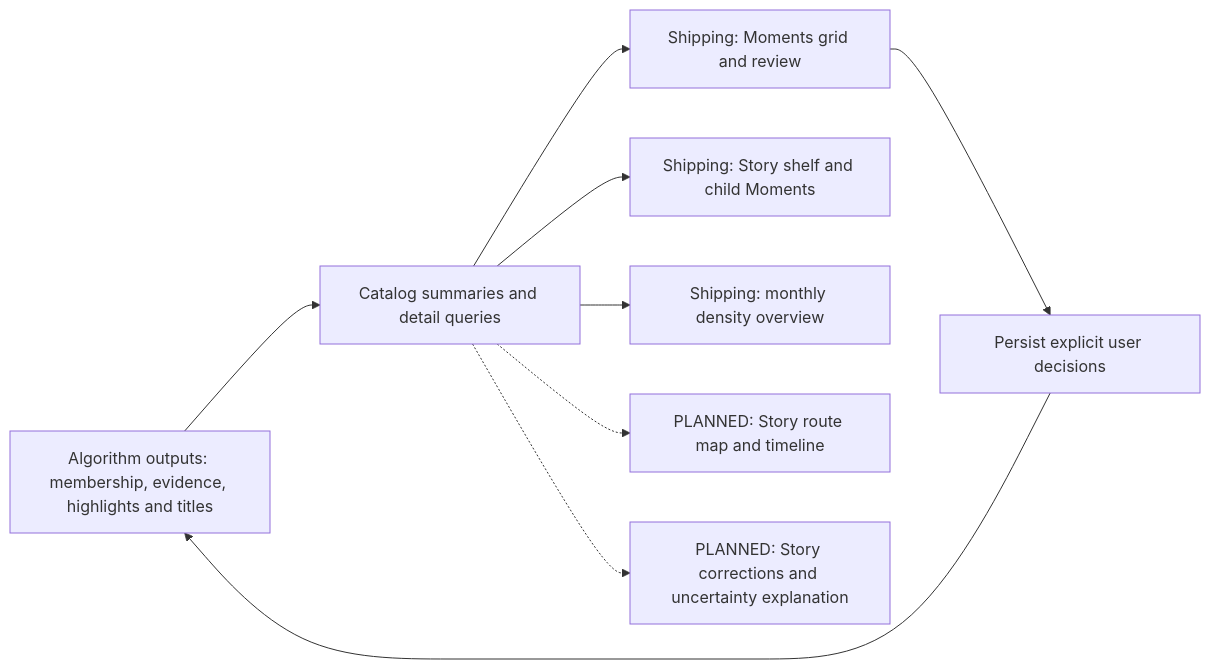
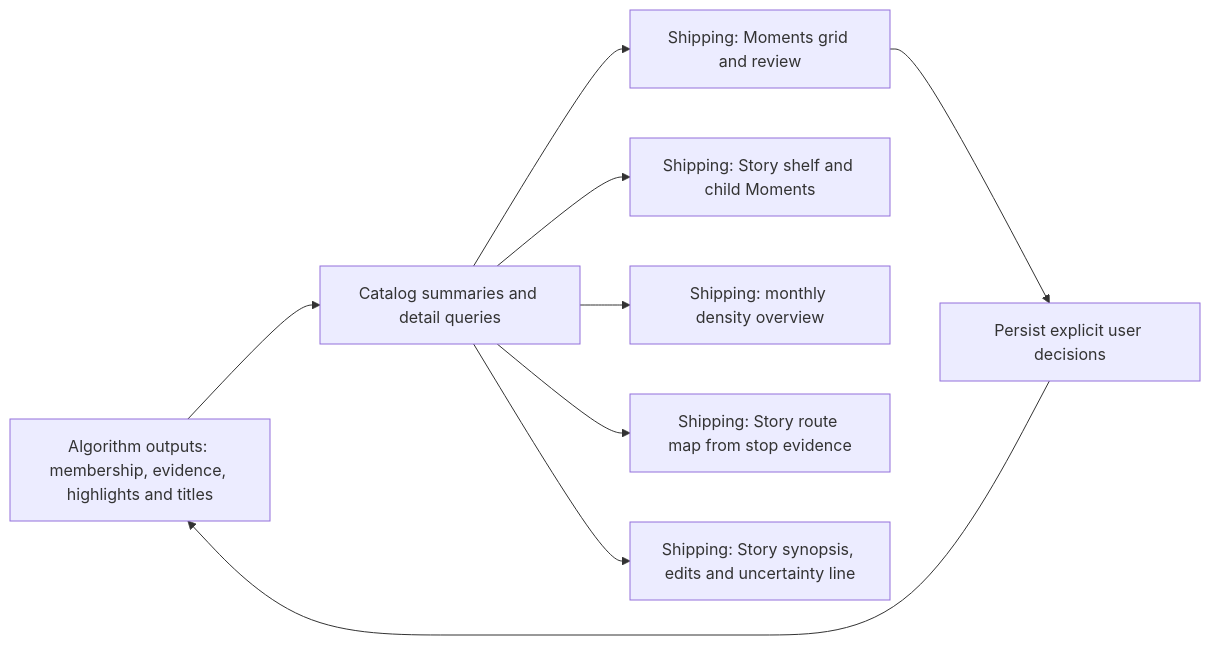
One commit to rostyslav-khomyk/photo-curator changed the fifth of 5 diagrams in Docs/CURATION_ALGORITHM.md. Above: the diagram before and after it, drawn with Mermaid. The commit also changed other lines of this file and 37 other files, not shown here.

````diff
--- a/Docs/CURATION_ALGORITHM.md
+++ b/Docs/CURATION_ALGORITHM.md
@@ -236,11 +410,11 @@
 ```mermaid
 flowchart LR
     A[Algorithm outputs: membership, evidence, highlights and titles] --> B[Catalog summaries and detail queries]
     B --> C[Shipping: Moments grid and review]
     B --> D[Shipping: Story shelf and child Moments]
     B --> E[Shipping: monthly density overview]
-    B -.-> F[PLANNED: Story route map and timeline]
-    B -.-> G[PLANNED: Story corrections and uncertainty explanation]
+    B --> F[Shipping: Story route map from stop evidence]
+    B --> G[Shipping: Story synopsis, edits and uncertainty line]
     C --> H[Persist explicit user decisions]
     H --> A
 ```
````
